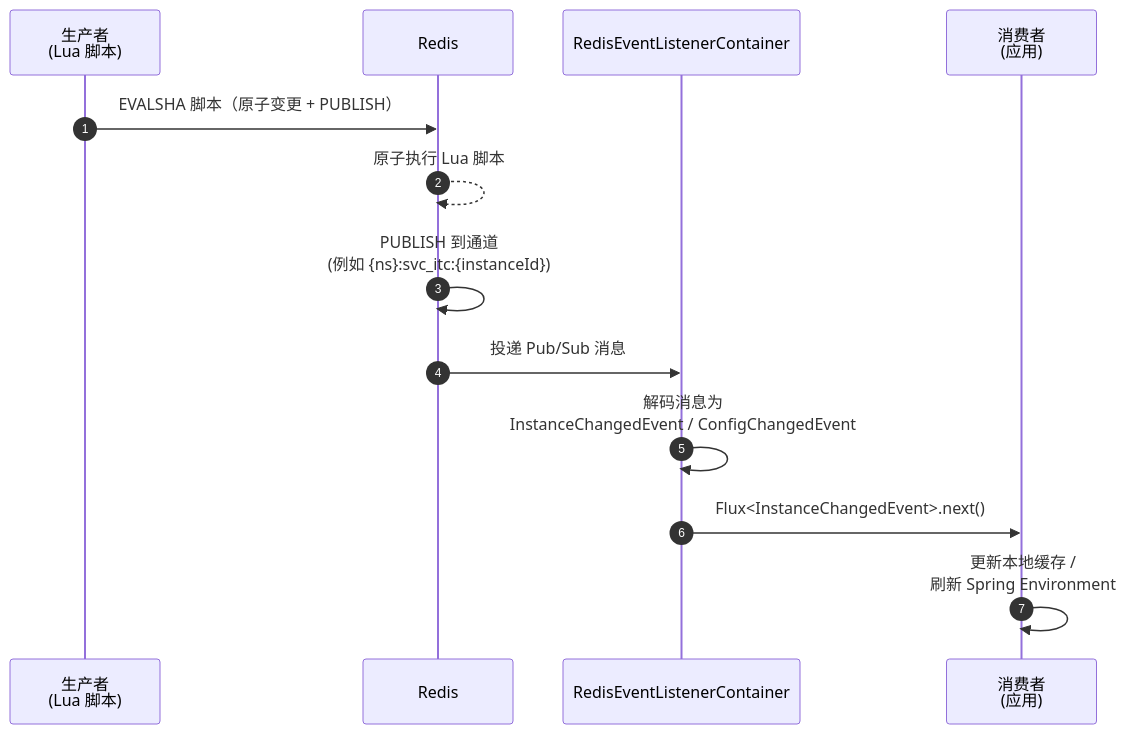
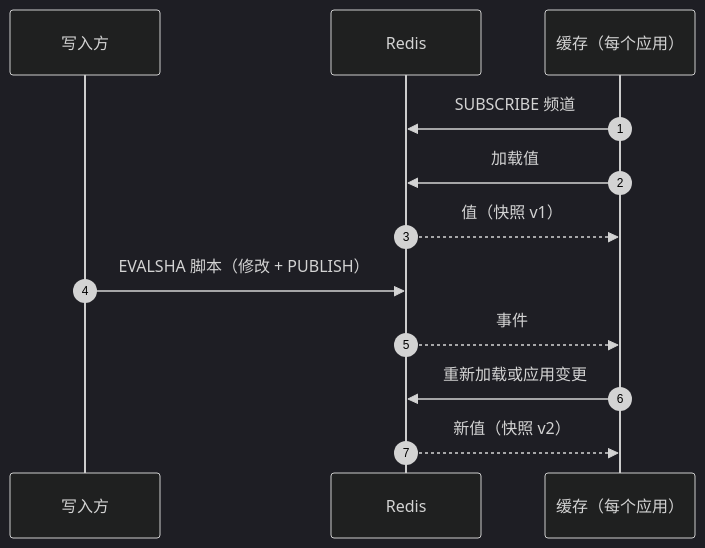
The second of 2 diagrams in wiki/zh/guide/architecture.md (Ahoo-Wang/CoSky), drawn with Mermaid before and after one commit. The commit also changed other lines of this file and 39 other files, not shown here.

````diff
--- a/wiki/zh/guide/architecture.md
+++ b/wiki/zh/guide/architecture.md
@@ -130,16 +90,15 @@
 ```mermaid
+%%{init: {'theme':'dark', 'themeVariables': {'primaryColor':'#2d333b','primaryBorderColor':'#6d5dfc','primaryTextColor':'#e6edf3','lineColor':'#8b949e','secondaryColor':'#161b22','tertiaryColor':'#161b22'}}}%%
 sequenceDiagram
     autonumber
-    participant P as 生产者<br>(Lua 脚本)
+    participant W as 写入方
     participant R as Redis
-    participant L as RedisEventListenerContainer
-    participant C as 消费者<br>(应用)
-
-    P->>R: EVALSHA 脚本（原子变更 + PUBLISH）
-    R-->>R: 原子执行 Lua 脚本
-    R->>R: PUBLISH 到通道<br>(例如 {ns}:svc_itc:{instanceId})
-    R->>L: 投递 Pub/Sub 消息
-    L->>L: 解码消息为<br>InstanceChangedEvent / ConfigChangedEvent
-    L->>C: Flux<InstanceChangedEvent>.next()
-    C->>C: 更新本地缓存 /<br>刷新 Spring Environment
+    participant C as 缓存（每个应用）
+    C->>R: SUBSCRIBE 频道
+    C->>R: 加载值
+    R-->>C: 值（快照 v1）
+    W->>R: EVALSHA 脚本（修改 + PUBLISH）
+    R-->>C: 事件
+    C->>R: 重新加载或应用变更
+    R-->>C: 新值（快照 v2）
 ```
````
